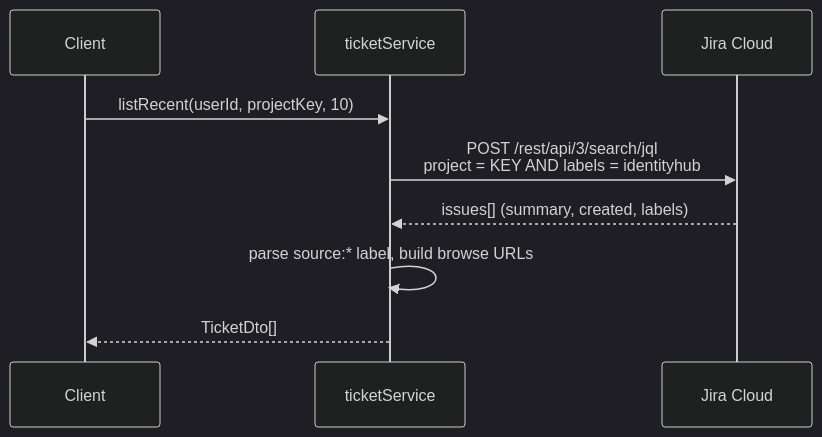
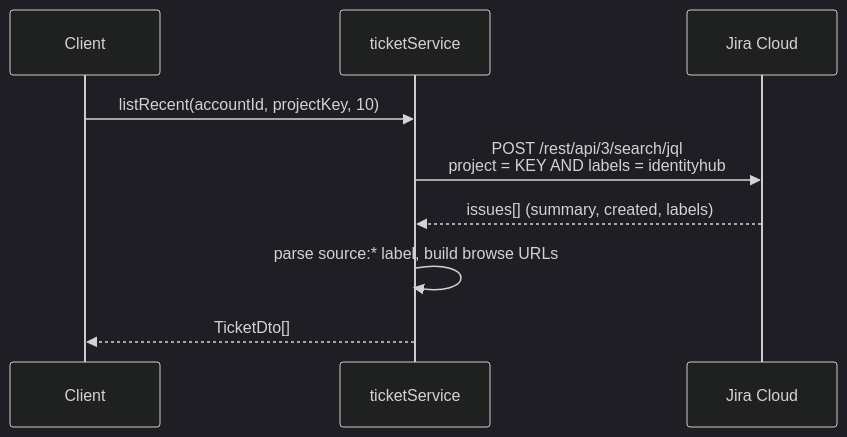
One commit to lerman01/IdentityHub changed the fourth of 4 diagrams in docs/ARCHITECTURE.md. Above: the diagram before and after it, drawn with Mermaid (dark theme). The commit also changed other lines of this file and 6 other files, not shown here.

````diff
--- a/docs/ARCHITECTURE.md
+++ b/docs/ARCHITECTURE.md
@@ -114,12 +114,12 @@
 ```mermaid
 sequenceDiagram
     participant C as Client
     participant T as ticketService
     participant J as Jira Cloud
 
-    C->>T: listRecent(userId, projectKey, 10)
+    C->>T: listRecent(accountId, projectKey, 10)
     T->>J: POST /rest/api/3/search/jql<br/>project = KEY AND labels = identityhub
     J-->>T: issues[] (summary, created, labels)
     T->>T: parse source:* label, build browse URLs
     T-->>C: TicketDto[]
 ```
````
